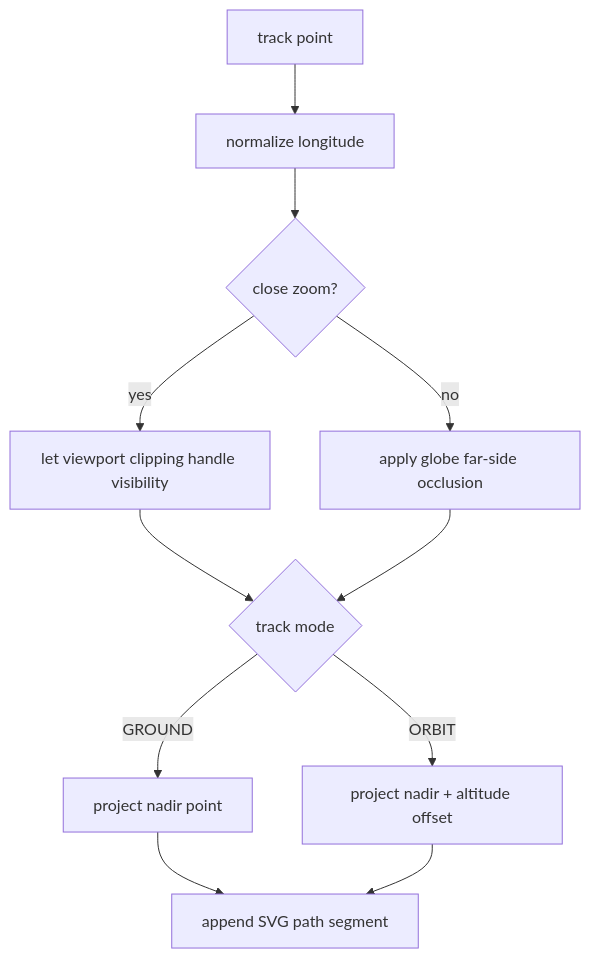
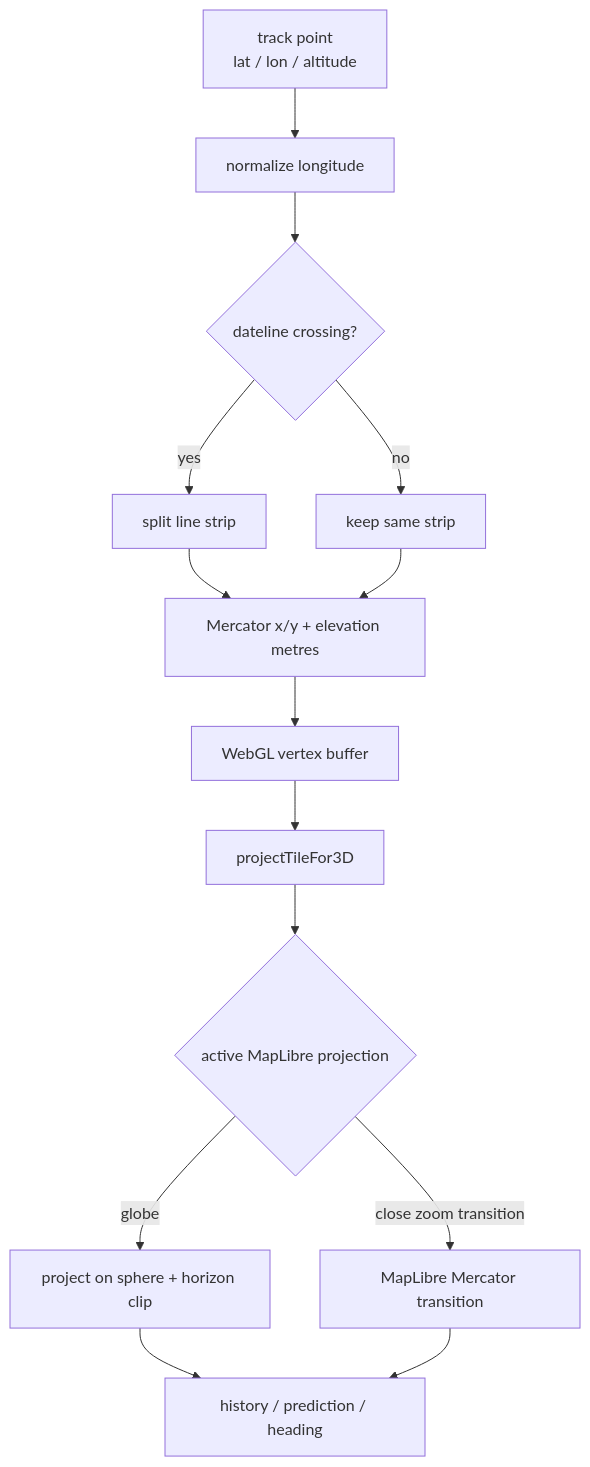
One commit to ExoSpaceLabs/world-sat-monitor changed the second of 3 diagrams in docs/orbit-display.md. Above: the diagram before and after it, drawn with Mermaid. The commit also changed other lines of this file, not shown here.

Commit message:
docs(world-sat-monitor): document globe-space orbit rendering

````diff
--- a/docs/orbit-display.md
+++ b/docs/orbit-display.md
@@ -24,13 +24,16 @@
 ```mermaid
 flowchart TD
-    P[track point] --> N[normalize longitude]
-    N --> V{close zoom?}
-    V -->|yes| L[let viewport clipping handle visibility]
-    V -->|no| H[apply globe far-side occlusion]
-    L --> M{track mode}
-    H --> M
-    M -->|GROUND| Z[project nadir point]
-    M -->|ORBIT| A[project nadir + altitude offset]
-    Z --> D[append SVG path segment]
-    A --> D
+    P[track point<br/>lat / lon / altitude] --> N[normalize longitude]
+    N --> X{dateline crossing?}
+    X -->|yes| S[split line strip]
+    X -->|no| M[keep same strip]
+    S --> C[Mercator x/y + elevation metres]
+    M --> C
+    C --> V[WebGL vertex buffer]
+    V --> Q[projectTileFor3D]
+    Q --> G{active MapLibre projection}
+    G -->|globe| GL[project on sphere + horizon clip]
+    G -->|close zoom transition| MC[MapLibre Mercator transition]
+    GL --> F[history / prediction / heading]
+    MC --> F
 ```
````
